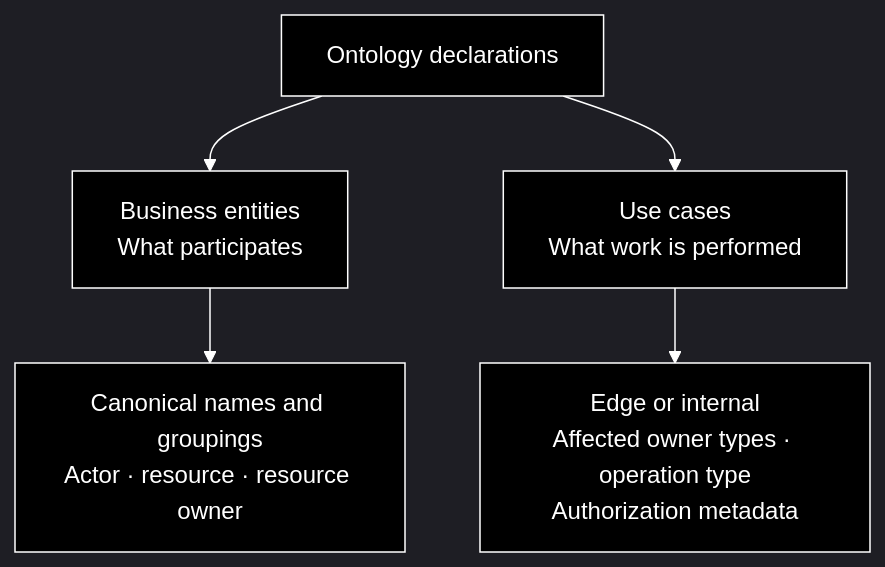
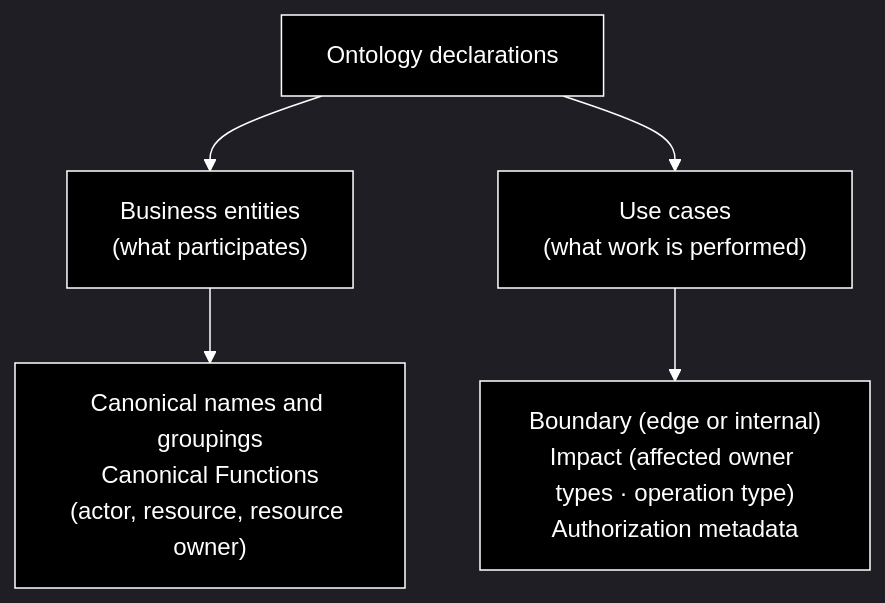
The first of 3 diagrams in concept/README.md (clean-arch-enablers-project/clean-ontology), drawn with Mermaid before and after one commit.

Commit message:
docs: clarify ontology declaration diagram labels

````diff
--- a/concept/README.md
+++ b/concept/README.md
@@ -29,10 +29,10 @@
 ```mermaid
 %%{init: {'theme': 'dark', 'themeVariables': {'lineColor': '#ffffff', 'edgeLabelBackground': '#000000', 'primaryTextColor': '#ffffff'}}}%%
 flowchart TD
-    ontology["Ontology declarations"] --> entities["Business entities<br/>What participates"]
-    ontology --> capabilities["Use cases<br/>What work is performed"]
-    entities --> meaning["Canonical names and groupings<br/>Actor · resource · resource owner"]
-    capabilities --> work["Edge or internal<br/>Affected owner types · operation type<br/>Authorization metadata"]
+    ontology["Ontology declarations"] --> entities["Business entities<br/>(what participates)"]
+    ontology --> capabilities["Use cases<br/>(what work is performed)"]
+    entities --> meaning["Canonical names and groupings<br/> Canonical Functions (actor, resource, resource owner)"]
+    capabilities --> work["Boundary (edge or internal)<br/>Impact (affected owner types · operation type)<br/>Authorization metadata"]
 
     classDef default fill:#000000,stroke:#ffffff,color:#ffffff
 ```
````
